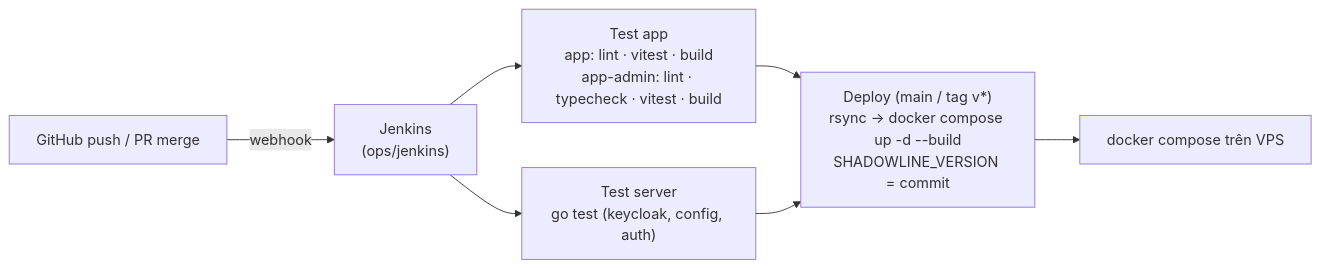
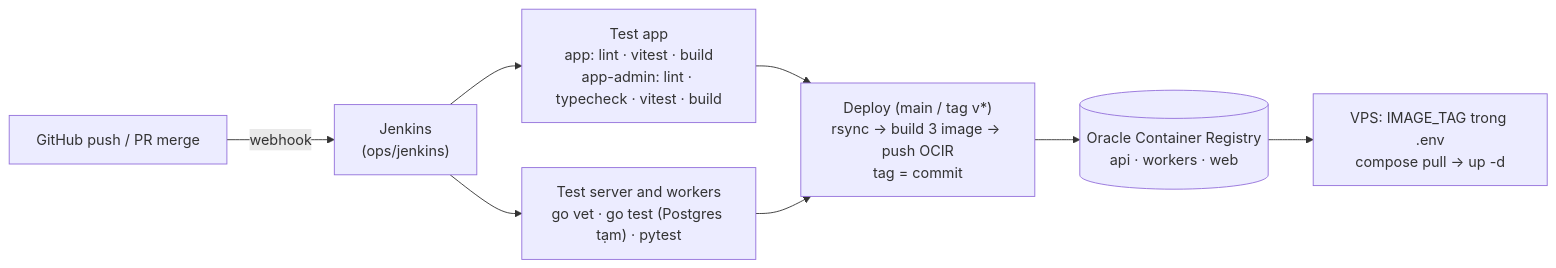
The seventh of 7 diagrams in docs/ARCHITECTURE.md (mjmpro01/shadowline-english), drawn with Mermaid before and after one commit. The commit also changed other lines of this file and 5 other files, not shown here.

First line of the commit message:
Deploy through Oracle Container Registry: build, push and run by commit tag (#45)

````diff
--- a/docs/ARCHITECTURE.md
+++ b/docs/ARCHITECTURE.md
@@ -819,8 +819,9 @@
 ```mermaid
 flowchart LR
   GH["GitHub push / PR merge"] -- webhook --> J["Jenkins<br/>(ops/jenkins)"]
   J --> T1["Test app<br/>app: lint · vitest · build<br/>app-admin: lint · typecheck · vitest · build"]
-  J --> T2["Test server<br/>go test (keycloak, config, auth)"]
-  T1 & T2 --> DEP["Deploy (main / tag v*)<br/>rsync → docker compose up -d --build<br/>SHADOWLINE_VERSION = commit"]
-  DEP --> VPS["docker compose trên VPS"]
+  J --> T2["Test server and workers<br/>go vet · go test (Postgres tạm) · pytest"]
+  T1 & T2 --> DEP["Deploy (main / tag v*)<br/>rsync → build 3 image → push OCIR<br/>tag = commit"]
+  DEP --> REG[("Oracle Container Registry<br/>api · workers · web")]
+  REG --> VPS["VPS: IMAGE_TAG trong .env<br/>compose pull → up -d"]
 ```
````
